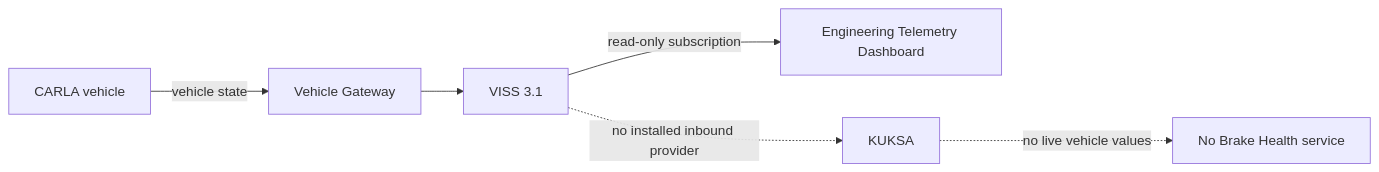
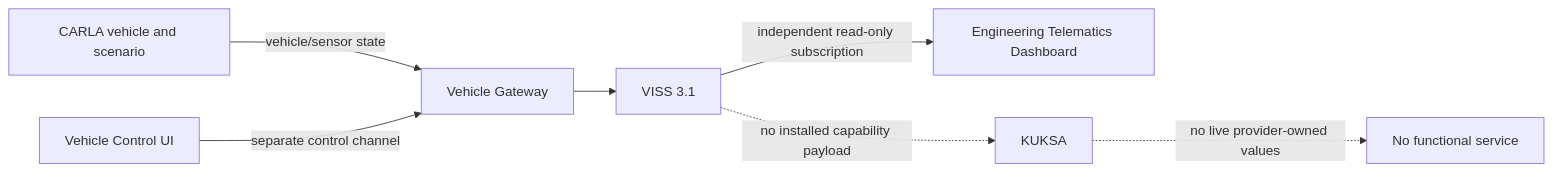
Before and after one commit to alexmaninblack/aosedge-sdv-demo: the fourth of 17 diagrams in docs/architecture/demo-scenario-architecture-flows.md, drawn with Mermaid. The commit also changed other lines of this file and 51 other files, not shown here.

````diff
--- a/docs/architecture/demo-scenario-architecture-flows.md
+++ b/docs/architecture/demo-scenario-architecture-flows.md
@@ -117,8 +289,9 @@
 ```mermaid
 flowchart LR
-    CARLA["CARLA vehicle"] -->|"vehicle state"| EGO["Vehicle Gateway"]
-    EGO --> VISS["VISS 3.1"]
-    VISS -->|"read-only subscription"| ED["Engineering Telemetry Dashboard"]
-    VISS -. "no installed inbound provider" .-> KUKSA["KUKSA"]
-    KUKSA -. "no live vehicle values" .-> SERVICE["No Brake Health service"]
+    CARLA["CARLA vehicle and scenario"] -->|"vehicle/sensor state"| GW["Vehicle Gateway"]
+    CONTROL["Vehicle Control UI"] -->|"separate control channel"| GW
+    GW --> VISS["VISS 3.1"]
+    VISS -->|"independent read-only subscription"| ENG["Engineering Telematics Dashboard"]
+    VISS -. "no installed capability payload" .-> KUKSA["KUKSA"]
+    KUKSA -. "no live provider-owned values" .-> NONE["No functional service"]
 ```
````
